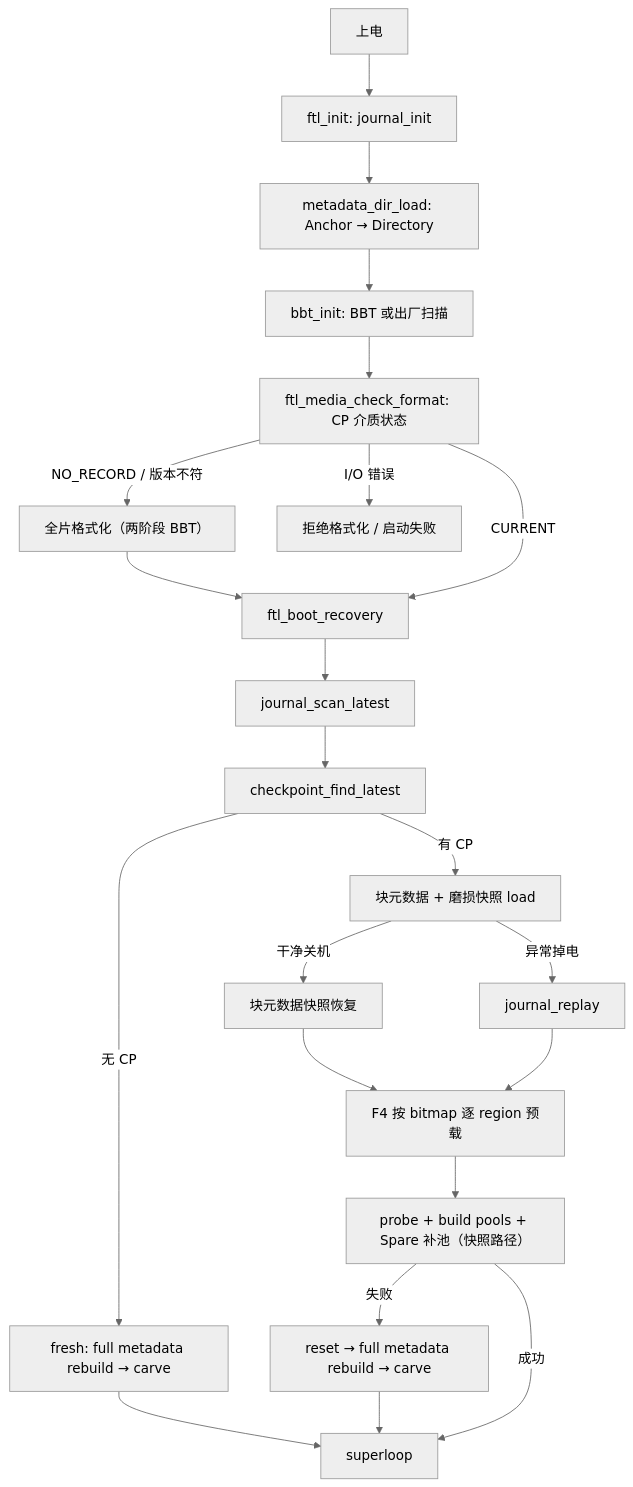
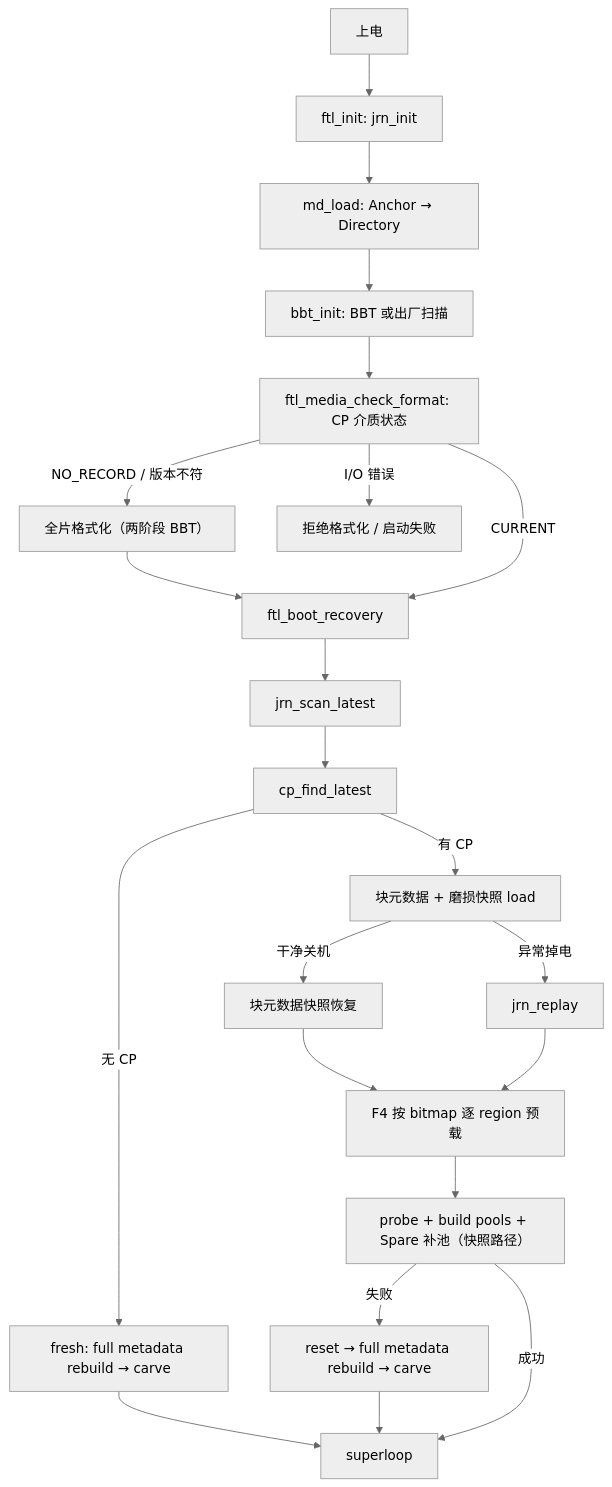
One commit to YzYMIAO/BASESSD changed the third of 32 diagrams in docs/design/ftl_design.md. Above: the diagram before and after it, drawn with Mermaid (neutral theme). The commit also changed other lines of this file and 48 other files, not shown here.

````diff
--- a/docs/design/ftl_design.md
+++ b/docs/design/ftl_design.md
@@ -868,24 +868,24 @@
 ```mermaid
 flowchart TD
-    PWR["上电"] --> JI["ftl_init: journal_init"]
-    JI --> MDL["metadata_dir_load: Anchor → Directory"]
+    PWR["上电"] --> JI["ftl_init: jrn_init"]
+    JI --> MDL["md_load: Anchor → Directory"]
     MDL --> BBTI["bbt_init: BBT 或出厂扫描"]
     BBTI --> VER["ftl_media_check_format: CP 介质状态"]
     VER -- "NO_RECORD / 版本不符" --> FMT["全片格式化（两阶段 BBT）"]
     VER -- "I/O 错误" --> HALT["拒绝格式化 / 启动失败"]
     VER -- "CURRENT" --> BR["ftl_boot_recovery"]
     FMT --> BR
-    BR --> JS["journal_scan_latest"]
-    JS --> CPF["checkpoint_find_latest"]
+    BR --> JS["jrn_scan_latest"]
+    JS --> CPF["cp_find_latest"]
     CPF -- "无 CP" --> FRESH["fresh: full metadata rebuild → carve"]
     CPF -- "有 CP" --> LS["块元数据 + 磨损快照 load"]
     LS -- "干净关机" --> CL["块元数据快照恢复"]
-    LS -- "异常掉电" --> JR["journal_replay"]
+    LS -- "异常掉电" --> JR["jrn_replay"]
     CL --> F4["F4 按 bitmap 逐 region 预载"]
     JR --> F4
     F4 --> POOL["probe + build pools + Spare 补池（快照路径）"]
     POOL -- "失败" --> FB["reset → full metadata rebuild → carve"]
     POOL -- "成功" --> LOOP["superloop"]
     FRESH --> LOOP
     FB --> LOOP
 ```
````
